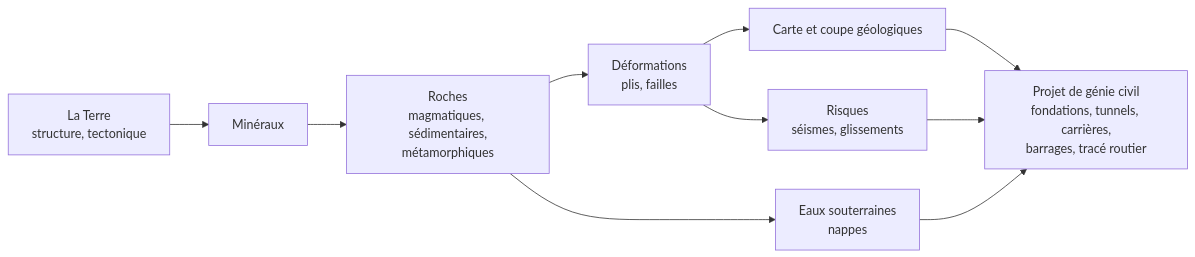
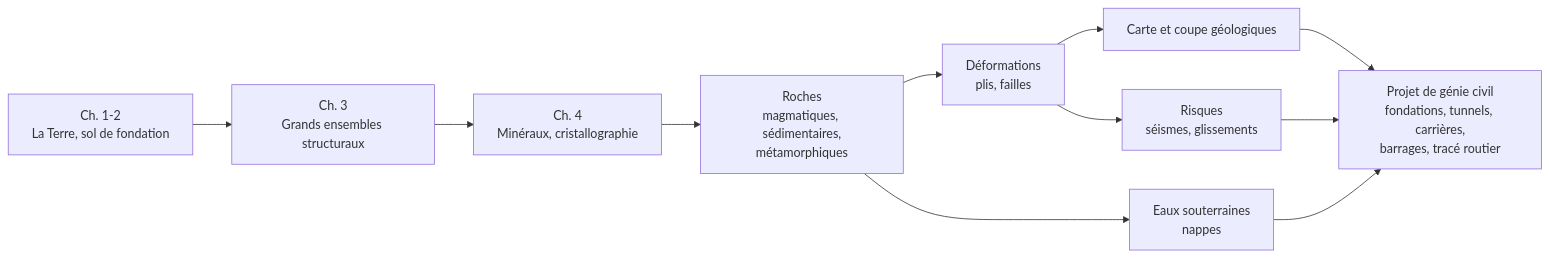
One commit to ZohireHCN/cours-genie-civil changed the diagram in 12-geologie/README.md. Above: the diagram before and after it, drawn with Mermaid. The commit also changed other lines of this file and 7 other files, not shown here.

````diff
--- a/12-geologie/README.md
+++ b/12-geologie/README.md
@@ -14,12 +15,13 @@
 ```mermaid
 flowchart LR
-    T["La Terre<br/>structure, tectonique"] --> M["Minéraux"]
+    T["Ch. 1-2<br/>La Terre, sol de fondation"] --> S["Ch. 3<br/>Grands ensembles structuraux"]
+    S --> M["Ch. 4<br/>Minéraux, cristallographie"]
     M --> R["Roches<br/>magmatiques, sédimentaires,<br/>métamorphiques"]
     R --> D["Déformations<br/>plis, failles"]
     D --> C["Carte et coupe géologiques"]
     R --> H["Eaux souterraines<br/>nappes"]
     C --> G["Projet de génie civil<br/>fondations, tunnels, carrières,<br/>barrages, tracé routier"]
     H --> G
     D --> RI["Risques<br/>séismes, glissements"]
     RI --> G
 ```
````
